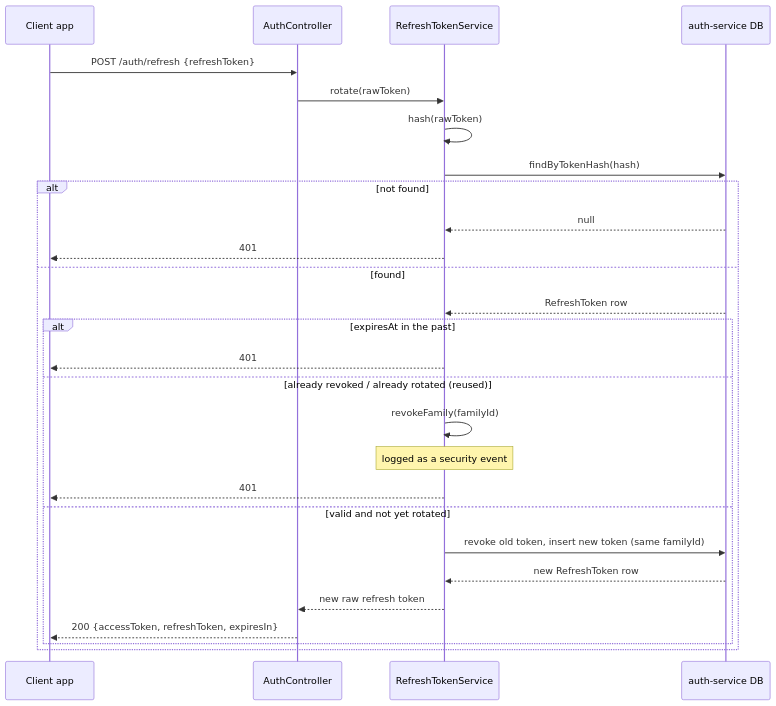
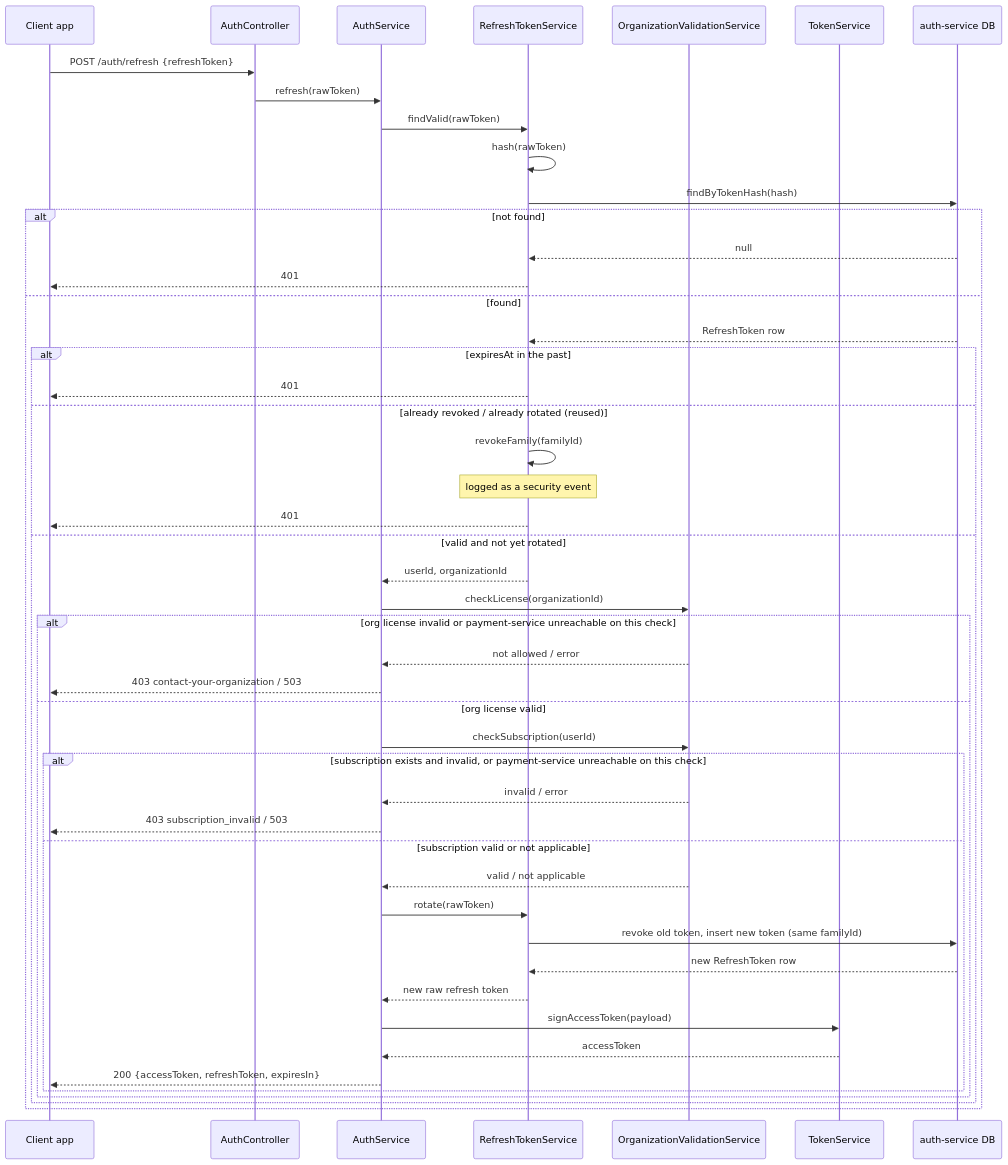
Before and after one commit to nawara-solutions/nawara-core: the seventh of 9 diagrams in docs/sdd/auth-service.md, drawn with Mermaid. The commit also changed other lines of this file and 8 other files, not shown here.

First line of the commit message:
docs(auth-service,payment-service): design license-expiry logout & subscription reservation

````diff
--- a/docs/sdd/auth-service.md
+++ b/docs/sdd/auth-service.md
@@ -473,30 +532,51 @@
 ```mermaid
 sequenceDiagram
     participant App as Client app
     participant AC as AuthController
+    participant AS as AuthService
     participant RTS as RefreshTokenService
+    participant OVS as OrganizationValidationService
+    participant TS as TokenService
     participant DB as auth-service DB
 
     App->>AC: POST /auth/refresh {refreshToken}
-    AC->>RTS: rotate(rawToken)
+    AC->>AS: refresh(rawToken)
+    AS->>RTS: findValid(rawToken)
     RTS->>RTS: hash(rawToken)
     RTS->>DB: findByTokenHash(hash)
     alt not found
         DB-->>RTS: null
         RTS-->>App: 401
     else found
         DB-->>RTS: RefreshToken row
         alt expiresAt in the past
             RTS-->>App: 401
         else already revoked / already rotated (reused)
             RTS->>RTS: revokeFamily(familyId)
             Note over RTS: logged as a security event
             RTS-->>App: 401
         else valid and not yet rotated
-            RTS->>DB: revoke old token, insert new token (same familyId)
-            DB-->>RTS: new RefreshToken row
-            RTS-->>AC: new raw refresh token
-            AC-->>App: 200 {accessToken, refreshToken, expiresIn}
+            RTS-->>AS: userId, organizationId
+            AS->>OVS: checkLicense(organizationId)
+            alt org license invalid or payment-service unreachable on this check
+                OVS-->>AS: not allowed / error
+                AS-->>App: 403 contact-your-organization / 503
+            else org license valid
+                AS->>OVS: checkSubscription(userId)
+                alt subscription exists and invalid, or payment-service unreachable on this check
+                    OVS-->>AS: invalid / error
+                    AS-->>App: 403 subscription_invalid / 503
+                else subscription valid or not applicable
+                    OVS-->>AS: valid / not applicable
+                    AS->>RTS: rotate(rawToken)
+                    RTS->>DB: revoke old token, insert new token (same familyId)
+                    DB-->>RTS: new RefreshToken row
+                    RTS-->>AS: new raw refresh token
+                    AS->>TS: signAccessToken(payload)
+                    TS-->>AS: accessToken
+                    AS-->>App: 200 {accessToken, refreshToken, expiresIn}
+                end
+            end
         end
     end
 ```
````
